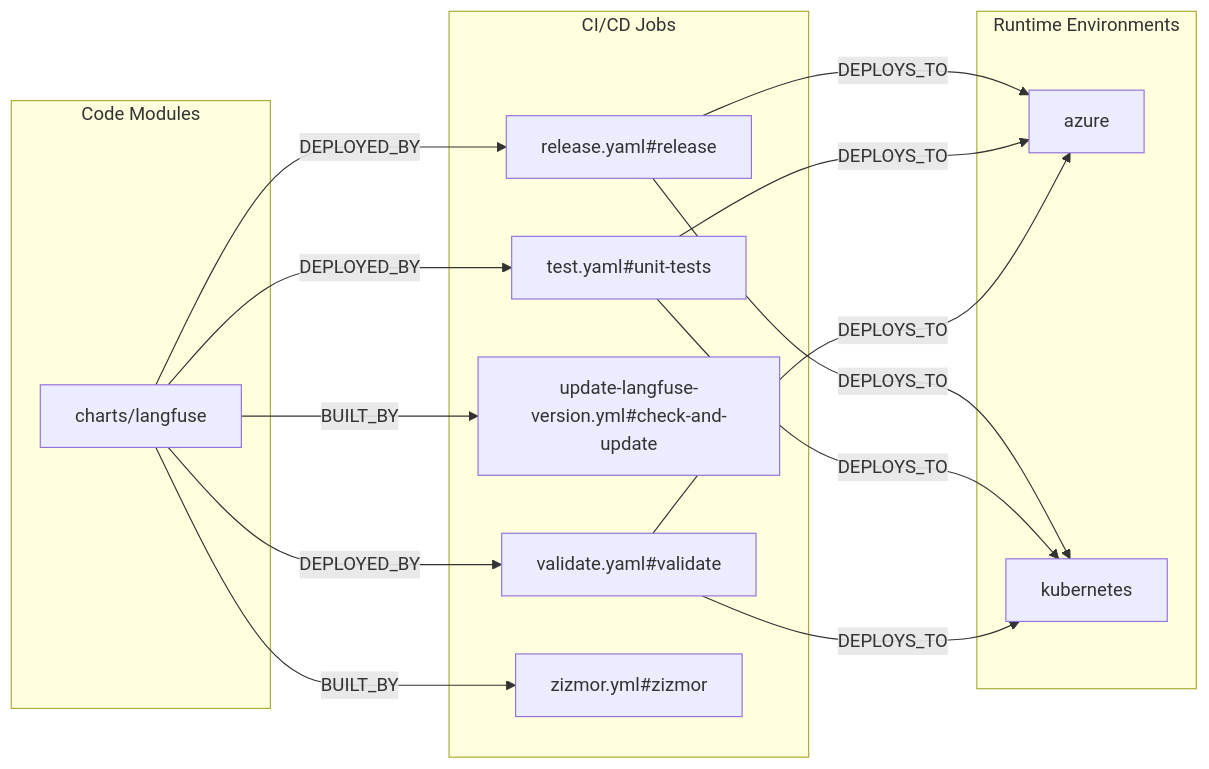
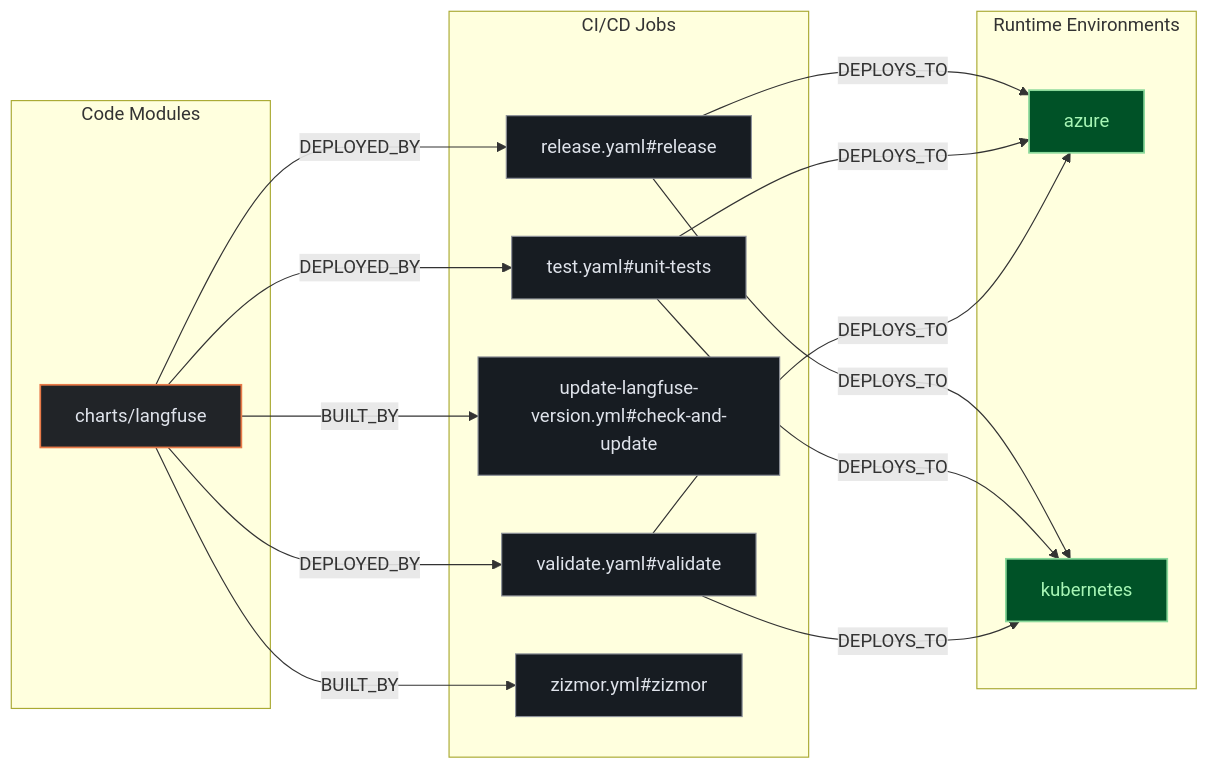
Before and after one commit to kumarshaz/atruss-code-atlas: the second of 3 diagrams in exports/latest/reports/langfuse-langfuse-k8s-report.md, drawn with Mermaid. The commit also changed other lines of this file and 331 other files, not shown here.

Commit message:
docs,ui,fix: update SDLC docs, reorder CI/CD DAG first, stylize Mermaid, and fix Arc42 pipeline topology

````diff
--- a/exports/latest/reports/langfuse-langfuse-k8s-report.md
+++ b/exports/latest/reports/langfuse-langfuse-k8s-report.md
@@ -159,28 +166,32 @@
 ```mermaid
 flowchart LR
+    classDef atlasCategory fill:#212428,stroke:#E87A48,stroke-width:1.5px,color:#dfe3eb
+    classDef atlasWorkflow fill:#1b2026,stroke:#a3c9ff,stroke-width:1.5px,color:#dfe3eb
+    classDef atlasJob fill:#171c22,stroke:#8d9199,stroke-width:1px,color:#dfe3eb
+    classDef atlasTarget fill:#005227,stroke:#8bd99b,stroke-width:1.5px,color:#a7f6b6
     subgraph code_modules["Code Modules"]
-        mod_charts_langfuse["charts/langfuse"]
+        mod_charts_langfuse["charts/langfuse"]:::atlasCategory
     end
     subgraph ci_jobs["CI/CD Jobs"]
-        job_release_yaml_release["release.yaml#release"]
-        job_test_yaml_unit_tests["test.yaml#unit-tests"]
-        job_update_langfuse_version_yml_check_and_update["update-langfuse-version.yml#check-and-update"]
-        job_validate_yaml_validate["validate.yaml#validate"]
-        job_zizmor_yml_zizmor["zizmor.yml#zizmor"]
+        job_release_yaml_release["release.yaml#release"]:::atlasJob
+        job_test_yaml_unit_tests["test.yaml#unit-tests"]:::atlasJob
+        job_update_langfuse_version_yml_check_and_update["update-langfuse-version.yml#check-and-update"]:::atlasJob
+        job_validate_yaml_validate["validate.yaml#validate"]:::atlasJob
+        job_zizmor_yml_zizmor["zizmor.yml#zizmor"]:::atlasJob
     end
     subgraph runtime_envs["Runtime Environments"]
-        env_azure["azure"]
-        env_kubernetes["kubernetes"]
+        env_azure["azure"]:::atlasTarget
+        env_kubernetes["kubernetes"]:::atlasTarget
     end
     job_release_yaml_release -->|DEPLOYS_TO| env_azure
     job_release_yaml_release -->|DEPLOYS_TO| env_kubernetes
     job_test_yaml_unit_tests -->|DEPLOYS_TO| env_azure
     job_test_yaml_unit_tests -->|DEPLOYS_TO| env_kubernetes
     job_validate_yaml_validate -->|DEPLOYS_TO| env_azure
     job_validate_yaml_validate -->|DEPLOYS_TO| env_kubernetes
     mod_charts_langfuse -->|BUILT_BY| job_update_langfuse_version_yml_check_and_update
     mod_charts_langfuse -->|BUILT_BY| job_zizmor_yml_zizmor
     mod_charts_langfuse -->|DEPLOYED_BY| job_release_yaml_release
     mod_charts_langfuse -->|DEPLOYED_BY| job_test_yaml_unit_tests
     mod_charts_langfuse -->|DEPLOYED_BY| job_validate_yaml_validate
 ```
````
